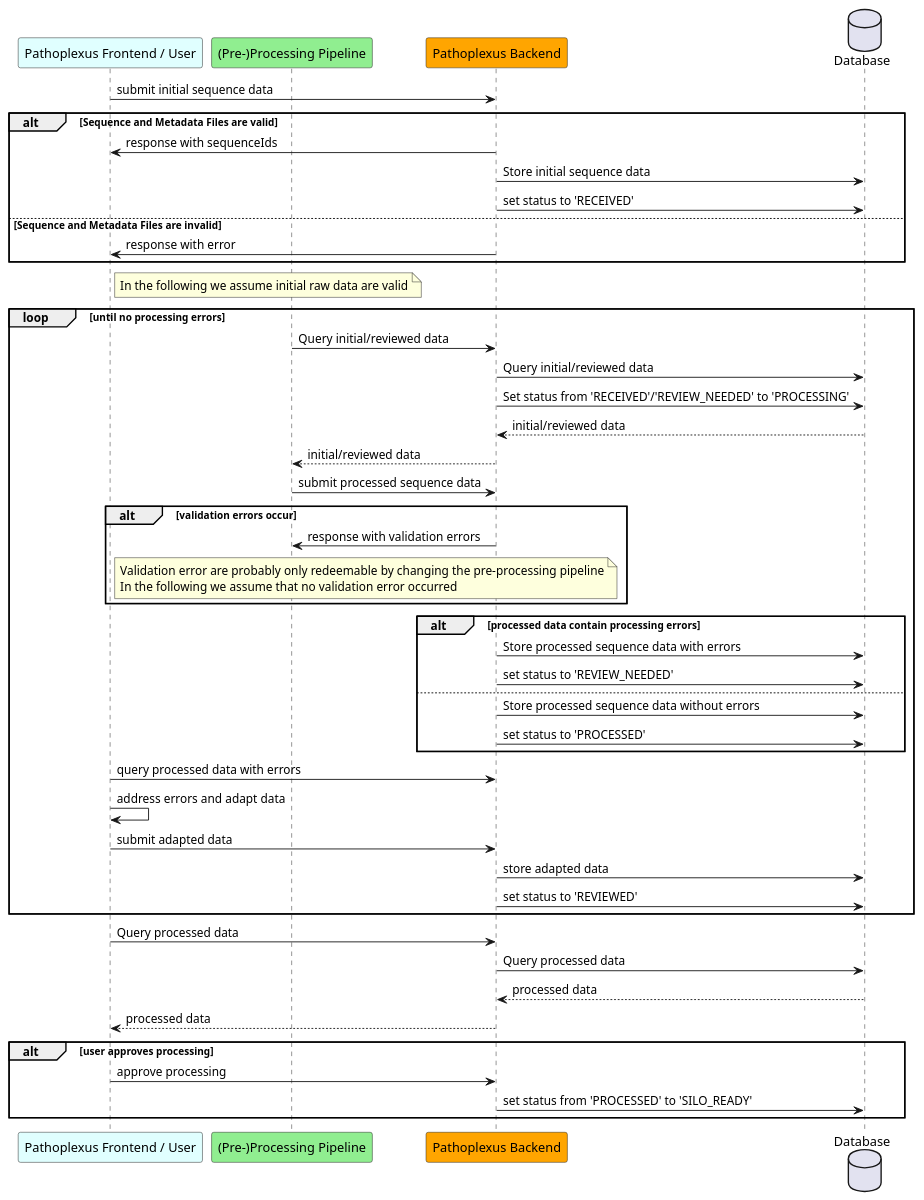
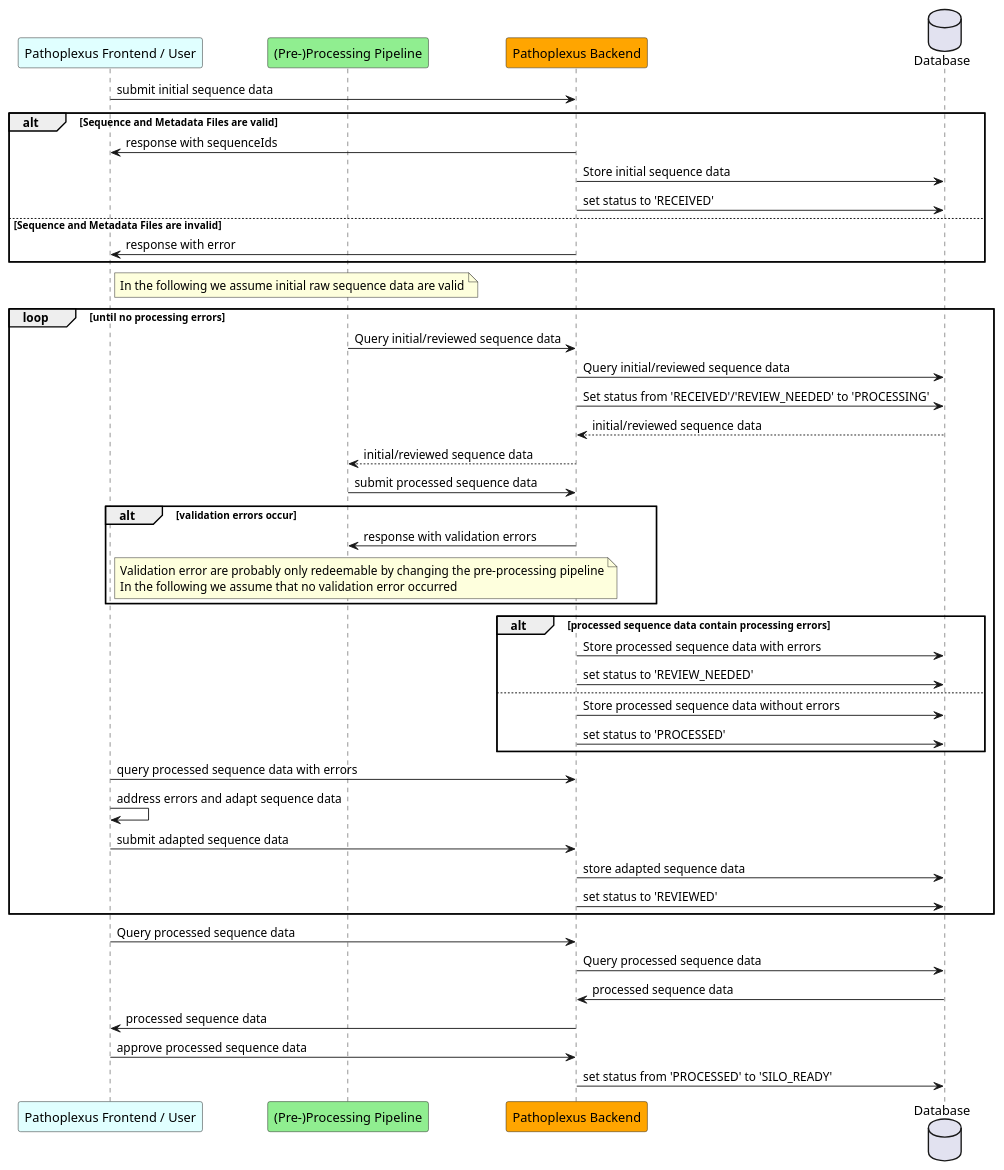
The diagram in backend/docs/plantuml/sequenceInitialSubmission.puml (loculus-project/loculus), drawn with PlantUML before and after one commit. The commit also changed 6 other files, not shown here.

```diff
--- a/backend/docs/plantuml/sequenceInitialSubmission.puml
+++ b/backend/docs/plantuml/sequenceInitialSubmission.puml
@@ -1,61 +1,61 @@
 @startuml
     participant "Pathoplexus Frontend / User" as frontend #LightCyan
     participant "(Pre-)Processing Pipeline" as processing #LightGreen
     participant "Pathoplexus Backend" as backend #Orange
     database "Database" as DB
 
     frontend -> backend: submit initial sequence data
     alt Sequence and Metadata Files are valid
         backend -> frontend: response with sequenceIds
         backend -> DB: Store initial sequence data
         backend -> DB: set status to 'RECEIVED'
     else Sequence and Metadata Files are invalid
         backend -> frontend: response with error
     end
 
    note right of frontend
-      In the following we assume initial raw data are valid
+      In the following we assume initial raw sequence data are valid
    end note
 
     loop until no processing errors
 
-        processing -> backend: Query initial/reviewed data
-        backend -> DB: Query initial/reviewed data
+        processing -> backend: Query initial/reviewed sequence data
+        backend -> DB: Query initial/reviewed sequence data
         backend -> DB: Set status from 'RECEIVED'/'REVIEW_NEEDED' to 'PROCESSING'
-        DB --> backend: initial/reviewed data
-        backend --> processing: initial/reviewed data
+        DB --> backend: initial/reviewed sequence data
+        backend --> processing: initial/reviewed sequence data
 
         processing -> backend: submit processed sequence data
         alt validation errors occur
             backend -> processing: response with validation errors
              note right of frontend
                   Validation error are probably only redeemable by changing the pre-processing pipeline
                   In the following we assume that no validation error occurred
                end note
         end loop
 
-        alt processed data contain processing errors
+        alt processed sequence data contain processing errors
             backend -> DB: Store processed sequence data with errors
             backend -> DB: set status to 'REVIEW_NEEDED'
         else
             backend -> DB: Store processed sequence data without errors
             backend -> DB: set status to 'PROCESSED'
         end
-         frontend -> backend: query processed data with errors
-        frontend -> frontend: address errors and adapt data
+         frontend -> backend: query processed sequence data with errors
+        frontend -> frontend: address errors and adapt sequence data
 
-        frontend -> backend: submit adapted data
-        backend -> DB: store adapted data
+        frontend -> backend: submit adapted sequence data
+        backend -> DB: store adapted sequence data
         backend -> DB: set status to 'REVIEWED'
     end loop
 
 
-    frontend -> backend: Query processed data
-    backend -> DB: Query processed data
-    DB --> backend: processed data
-    backend --> frontend: processed data
-    alt user approves processing
-        frontend -> backend: approve processing
-        backend -> DB: set status from 'PROCESSED' to 'SILO_READY'
-    end
+    frontend -> backend: Query processed sequence data
+    backend -> DB: Query processed sequence data
+    DB -> backend: processed sequence data
+    backend -> frontend: processed sequence data
+
+    frontend -> backend: approve processed sequence data
+    backend -> DB: set status from 'PROCESSED' to 'SILO_READY'
+
 @enduml
```
